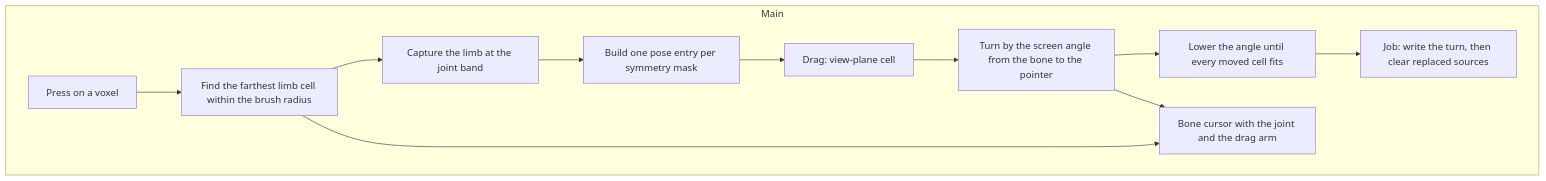
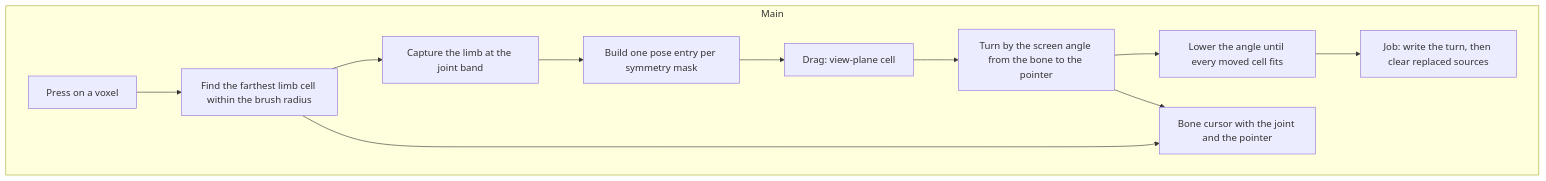
Before and after one commit to LeonardMeagher2/LVE: the third of 3 diagrams in docs/agents/tool-flows/deform.md, drawn with Mermaid. The commit also changed other lines of this file and 1 other file, not shown here.

First line of the commit message:
Draw one bone line through a pose drag

````diff
--- a/docs/agents/tool-flows/deform.md
+++ b/docs/agents/tool-flows/deform.md
@@ -141,17 +141,17 @@
 ```mermaid
 flowchart TD
   subgraph Main["Main"]
     P1["Press on a voxel"]
     P2["Find the farthest limb cell within the brush radius"]
     P3["Capture the limb at the joint band"]
     P4["Build one pose entry per symmetry mask"]
     P5["Drag: view-plane cell"]
     P6["Turn by the screen angle from the bone to the pointer"]
     P7["Lower the angle until every moved cell fits"]
     P8["Job: write the turn, then clear replaced sources"]
-    P9["Bone cursor with the joint and the drag arm"]
+    P9["Bone cursor with the joint and the pointer"]
   end
   P1 --> P2 --> P3 --> P4 --> P5 --> P6 --> P7 --> P8
   P2 --> P9
   P6 --> P9
 ```
````
